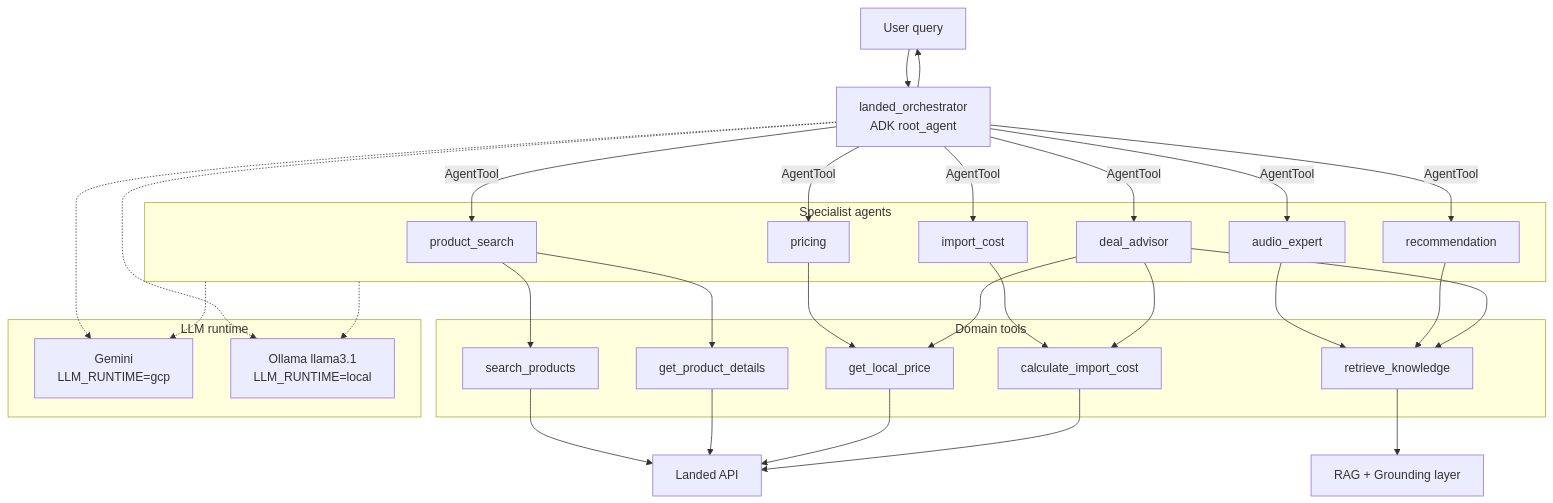
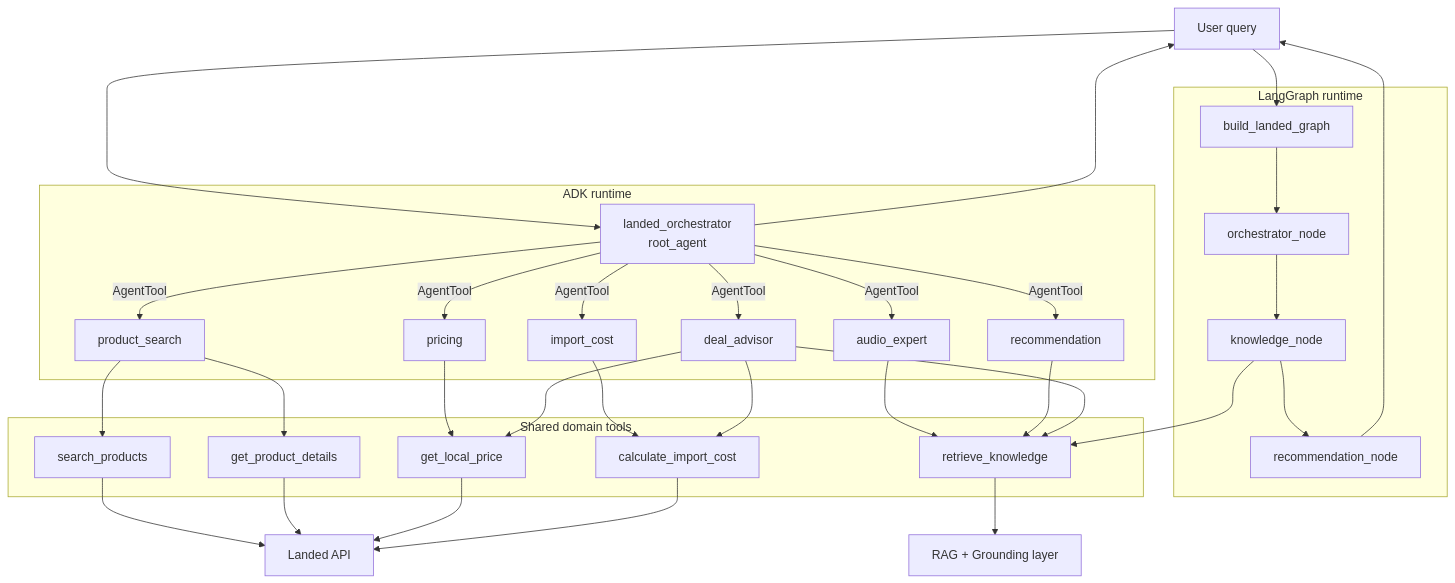
The first of 7 diagrams in docs/architecture-diagram.md (luisfm44/landed-agent), drawn with Mermaid before and after one commit. The commit also changed other lines of this file and 5 other files, not shown here.

````diff
--- a/docs/architecture-diagram.md
+++ b/docs/architecture-diagram.md
@@ -7,57 +9,61 @@
 ```mermaid
 flowchart TB
-    USER[User query] --> ORCH[landed_orchestrator<br/>ADK root_agent]
+    USER[User query]
 
-    subgraph agents [Specialist agents]
+    subgraph adk [ADK runtime]
+        ORCH[landed_orchestrator<br/>root_agent]
         PS[product_search]
         AE[audio_expert]
         PR[pricing]
         IC[import_cost]
         DA[deal_advisor]
         REC[recommendation]
     end
 
+    subgraph graph [LangGraph runtime]
+        LG[build_landed_graph]
+        GN1[orchestrator_node]
+        GN2[knowledge_node]
+        GN3[recommendation_node]
+    end
+
+    USER --> ORCH
+    USER --> LG
+
     ORCH -->|AgentTool| PS
     ORCH -->|AgentTool| AE
     ORCH -->|AgentTool| PR
     ORCH -->|AgentTool| IC
     ORCH -->|AgentTool| DA
     ORCH -->|AgentTool| REC
 
-    subgraph tools [Domain tools]
+    LG --> GN1 --> GN2 --> GN3
+
+    subgraph tools [Shared domain tools]
         T1[search_products]
         T2[get_product_details]
         T3[get_local_price]
         T4[calculate_import_cost]
         T5[retrieve_knowledge]
     end
 
     PS --> T1
     PS --> T2
     PR --> T3
     IC --> T4
     DA --> T3
     DA --> T4
     AE --> T5
     REC --> T5
     DA --> T5
+    GN2 --> T5
 
     T1 --> API[Landed API]
     T2 --> API
     T3 --> API
     T4 --> API
-
     T5 --> RAG[RAG + Grounding layer]
 
-    subgraph llm [LLM runtime]
-        GEMINI[Gemini<br/>LLM_RUNTIME=gcp]
-        OLLAMA_AGENT[Ollama llama3.1<br/>LLM_RUNTIME=local]
-    end
-
-    ORCH -.-> GEMINI
-    ORCH -.-> OLLAMA_AGENT
-    agents -.-> GEMINI
-    agents -.-> OLLAMA_AGENT
-
     ORCH --> USER
+    GN3 --> USER
 ```
````
